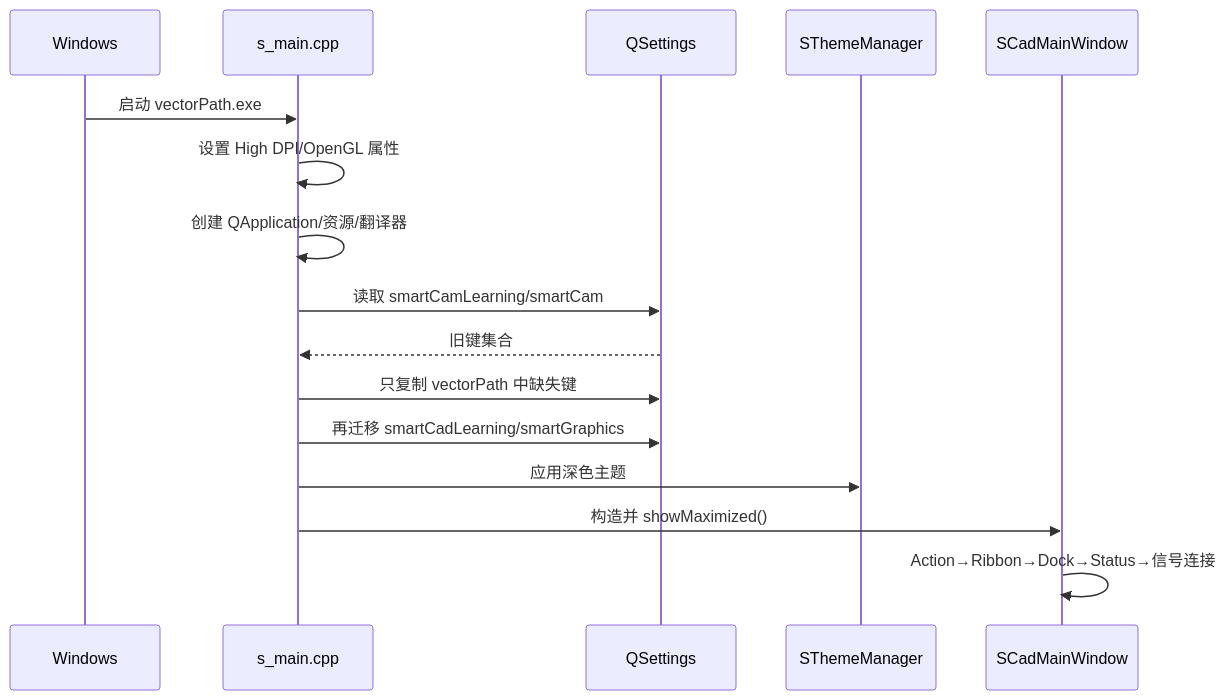
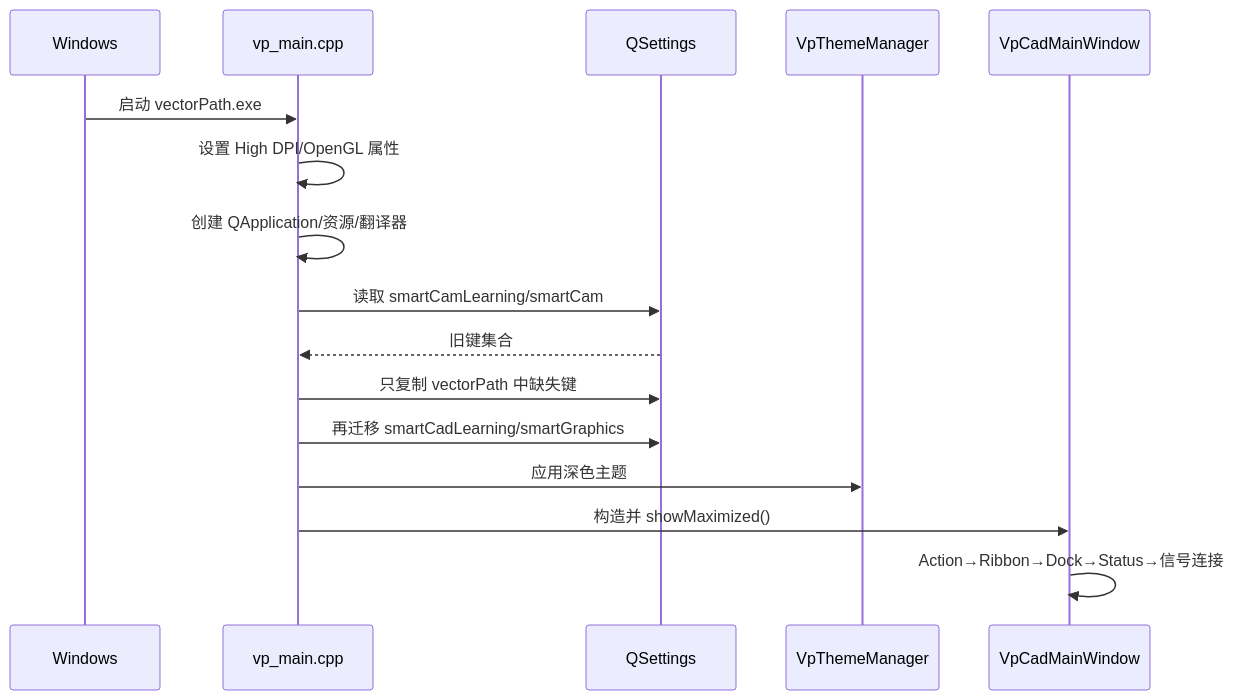
One commit to HJX0201/vectorPath changed the third of 5 diagrams in sgraphDocs/CODEBASE_REFERENCE.md. Above: the diagram before and after it, drawn with Mermaid. The commit also changed other lines of this file and 628 other files, not shown here.

````diff
--- a/sgraphDocs/CODEBASE_REFERENCE.md
+++ b/sgraphDocs/CODEBASE_REFERENCE.md
@@ -869,18 +911,18 @@
 ```mermaid
 sequenceDiagram
     participant OS as Windows
-    participant Main as s_main.cpp
+    participant Main as vp_main.cpp
     participant Settings as QSettings
-    participant Theme as SThemeManager
-    participant Window as SCadMainWindow
+    participant Theme as VpThemeManager
+    participant Window as VpCadMainWindow
     OS->>Main: 启动 vectorPath.exe
     Main->>Main: 设置 High DPI/OpenGL 属性
     Main->>Main: 创建 QApplication/资源/翻译器
     Main->>Settings: 读取 smartCamLearning/smartCam
     Settings-->>Main: 旧键集合
     Main->>Settings: 只复制 vectorPath 中缺失键
     Main->>Settings: 再迁移 smartCadLearning/smartGraphics
     Main->>Theme: 应用深色主题
     Main->>Window: 构造并 showMaximized()
     Window->>Window: Action→Ribbon→Dock→Status→信号连接
 ```
````
